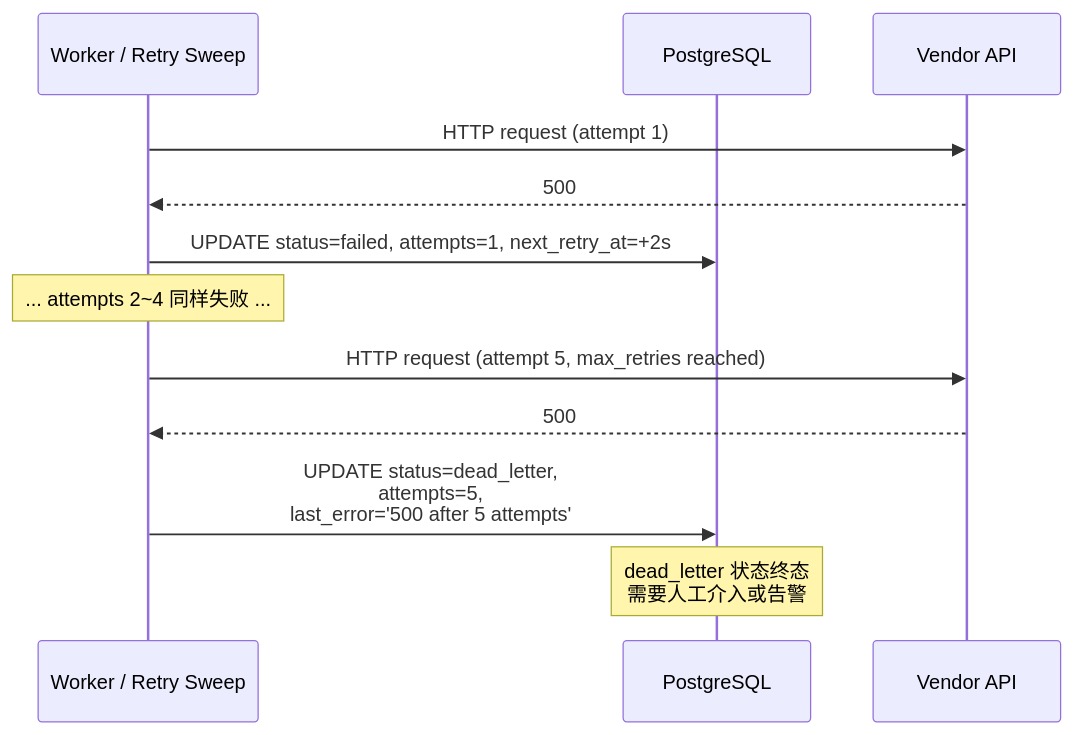
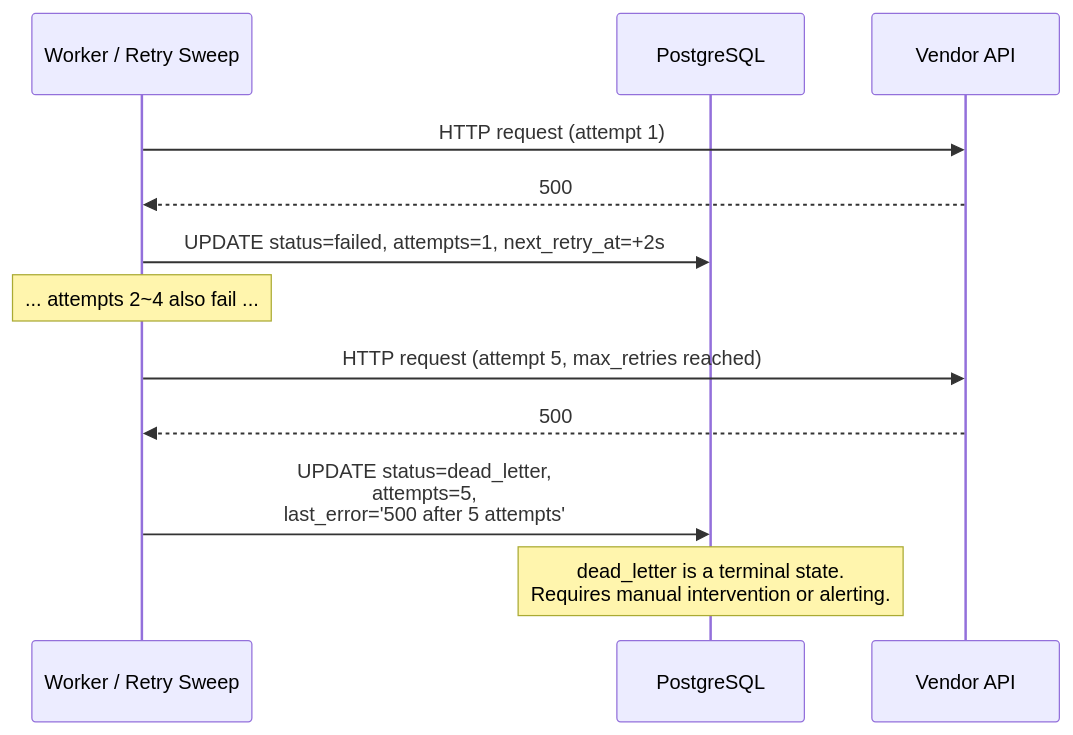
Before and after one commit to Alex200411/notify-service: the fourth of 8 diagrams in design.md, drawn with Mermaid. The commit also changed other lines of this file, not shown here.

````diff
--- a/design.md
+++ b/design.md
@@ -99,17 +99,17 @@
 ```mermaid
 sequenceDiagram
     participant W as Worker / Retry Sweep
     participant DB as PostgreSQL
     participant V as Vendor API
 
     W->>V: HTTP request (attempt 1)
     V-->>W: 500
     W->>DB: UPDATE status=failed, attempts=1, next_retry_at=+2s
 
-    Note over W: ... attempts 2~4 同样失败 ...
+    Note over W: ... attempts 2~4 also fail ...
 
     W->>V: HTTP request (attempt 5, max_retries reached)
     V-->>W: 500
     W->>DB: UPDATE status=dead_letter,<br/>attempts=5,<br/>last_error='500 after 5 attempts'
-    Note over DB: dead_letter 状态终态<br/>需要人工介入或告警
+    Note over DB: dead_letter is a terminal state.<br/>Requires manual intervention or alerting.
 ```
````
